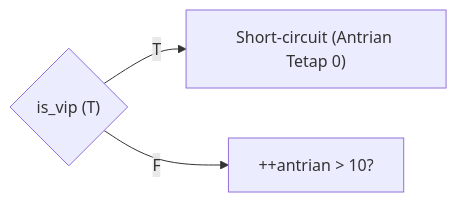
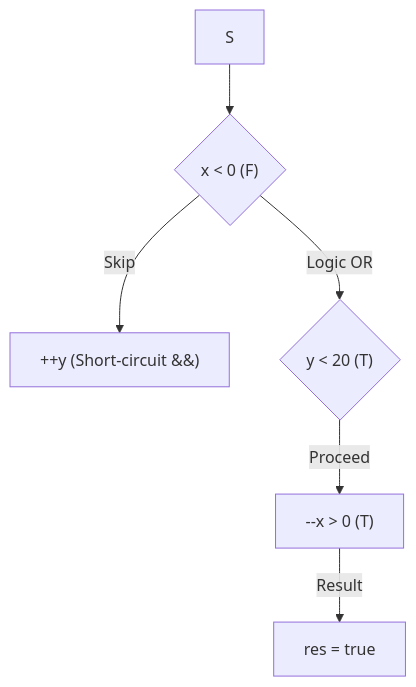
Before and after one commit to amnahwaida/OSNK_INF_PREP: the second of 2 diagrams in part-c-pemahaman-cpp/02-percabangan/latihan/set-03.md, drawn with Mermaid. The commit also changed other lines of this file, not shown here.

Commit message:
Overhaul Percabangan Set 03 to Legendary Architect with ultimate C++ branching traps

````diff
--- a/part-c-pemahaman-cpp/02-percabangan/latihan/set-03.md
+++ b/part-c-pemahaman-cpp/02-percabangan/latihan/set-03.md
@@ -210,5 +98,8 @@
-```mermaid
-graph LR
-A{"is_vip (T)"} -- T --> B["Short-circuit (Antrian Tetap 0)"]
-A -- F --> C["++antrian > 10?"]
-```
+ ```mermaid
+ graph TD
+ S --> C1{"x < 0 (F)"}
+ C1 -- Skip --> C2["++y (Short-circuit &&)"]
+ C1 -- Logic OR --> C3{"y < 20 (T)"}
+ C3 -- Proceed --> C4["--x > 0 (T)"]
+ C4 -- Result --> R["res = true"]
+ ```
````
